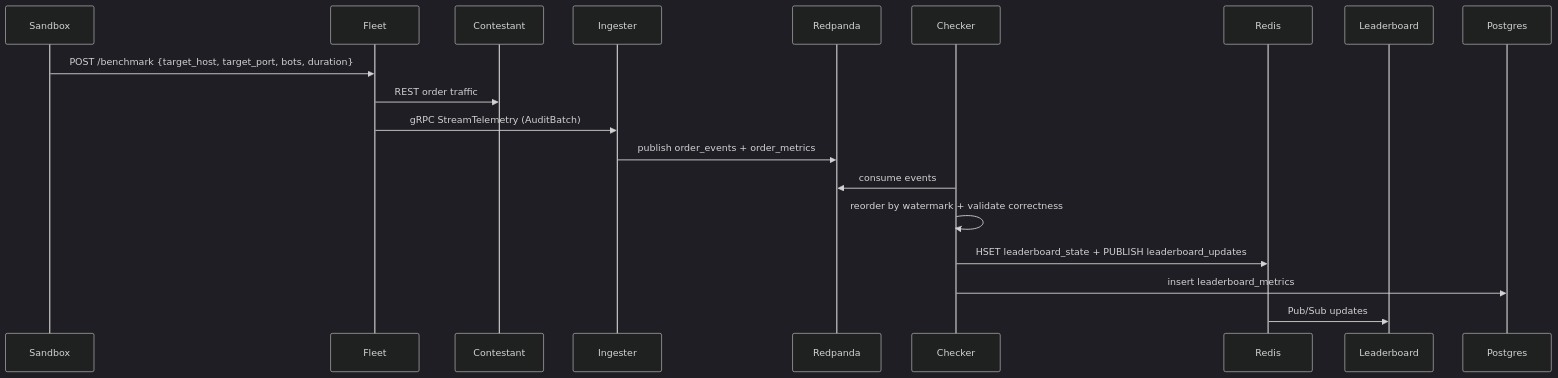
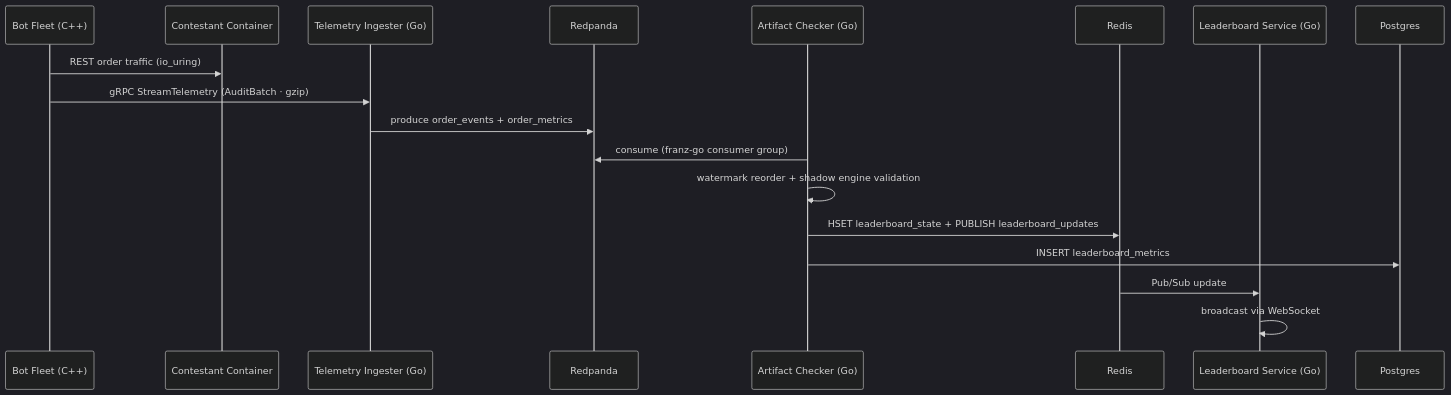
The third of 3 diagrams in ARCHITECTURE.md (Kartikay-0111/Veltrix), drawn with Mermaid (dark theme) before and after one commit. The commit also changed other lines of this file and 68 other files, not shown here.

Commit message:
refactor: rewrite submission-service and sandbox-manager in Go and update infrastructure configuration

````diff
--- a/ARCHITECTURE.md
+++ b/ARCHITECTURE.md
@@ -68,20 +82,21 @@
 ```mermaid
 sequenceDiagram
-  participant Sandbox
-  participant Fleet
-  participant Contestant
-  participant Ingester
+  participant Fleet as Bot Fleet (C++)
+  participant Contestant as Contestant Container
+  participant Ingester as Telemetry Ingester (Go)
   participant Redpanda
-  participant Checker
+  participant Checker as Artifact Checker (Go)
   participant Redis
-  participant Leaderboard
-  Sandbox->>Fleet: POST /benchmark {target_host, target_port, bots, duration}
-  Fleet->>Contestant: REST order traffic
-  Fleet->>Ingester: gRPC StreamTelemetry (AuditBatch)
-  Ingester->>Redpanda: publish order_events + order_metrics
-  Checker->>Redpanda: consume events
-  Checker->>Checker: reorder by watermark + validate correctness
+  participant Leaderboard as Leaderboard Service (Go)
+  participant Postgres
+
+  Fleet->>Contestant: REST order traffic (io_uring)
+  Fleet->>Ingester: gRPC StreamTelemetry (AuditBatch · gzip)
+  Ingester->>Redpanda: produce order_events + order_metrics
+  Checker->>Redpanda: consume (franz-go consumer group)
+  Checker->>Checker: watermark reorder + shadow engine validation
   Checker->>Redis: HSET leaderboard_state + PUBLISH leaderboard_updates
-  Checker->>Postgres: insert leaderboard_metrics
-  Redis->>Leaderboard: Pub/Sub updates
+  Checker->>Postgres: INSERT leaderboard_metrics
+  Redis->>Leaderboard: Pub/Sub update
+  Leaderboard->>Leaderboard: broadcast via WebSocket
 ```
````
